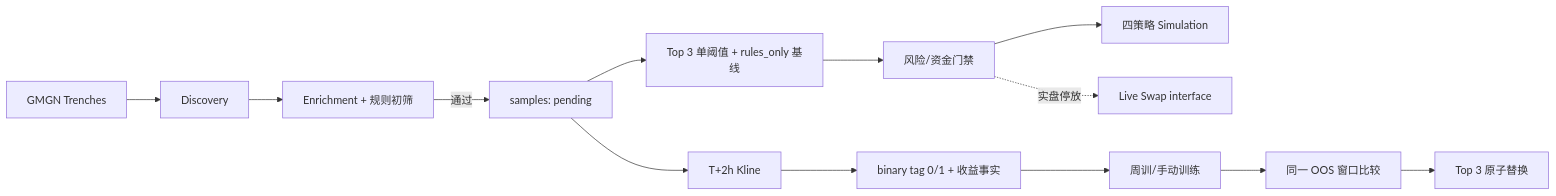
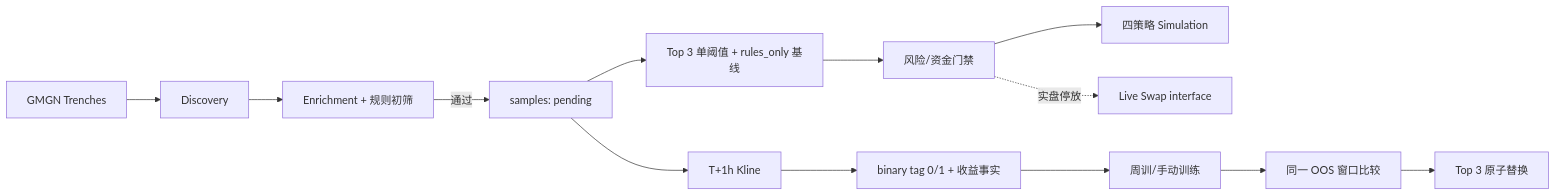
One commit to ShiningSugar35/meme changed the diagram in 开发文档.md. Above: the diagram before and after it, drawn with Mermaid. The commit also changed other lines of this file and 31 other files, not shown here.

````diff
--- a/开发文档.md
+++ b/开发文档.md
@@ -82,15 +82,15 @@
 ```mermaid
 flowchart LR
     A["GMGN Trenches"] --> B["Discovery"]
     B --> C["Enrichment + 规则初筛"]
     C -->|通过| D["samples: pending"]
     D --> E["Top 3 单阈值 + rules_only 基线"]
     E --> F["风险/资金门禁"]
     F --> G["四策略 Simulation"]
     F -. 实盘停放 .-> H["Live Swap interface"]
-    D --> I["T+2h Kline"]
+    D --> I["T+1h Kline"]
     I --> J["binary tag 0/1 + 收益事实"]
     J --> K["周训/手动训练"]
     K --> L["同一 OOS 窗口比较"]
     L --> M["Top 3 原子替换"]
 ```
````
